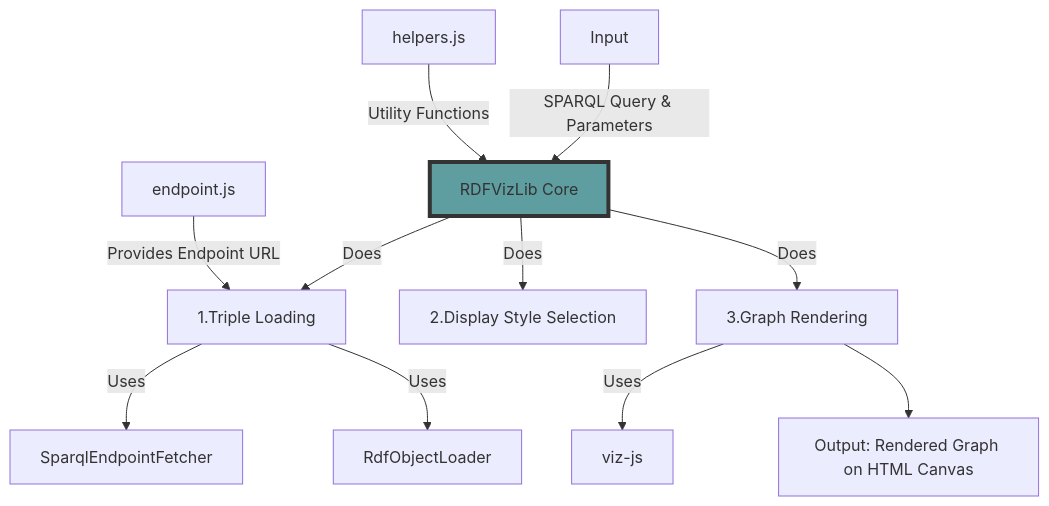
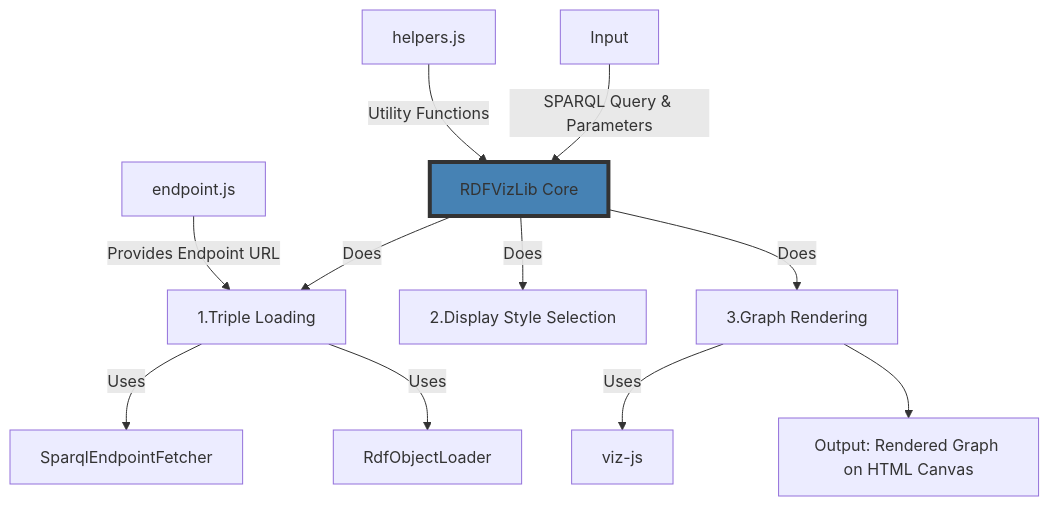
Before and after one commit to architolk/ldt-viz-client: the diagram in Documentation/README.md, drawn with Mermaid. The commit also changed 1 other file, not shown here.

Commit message:
changed architecture diagram

````diff
--- a/Documentation/README.md
+++ b/Documentation/README.md
@@ -4,19 +4,19 @@
 ```mermaid
 graph TD
     A[Input] --> |SPARQL Query & Parameters| B[RDFVizLib Core]
     B --> |Does| C[1.Triple Loading]
     B --> |Does| D[2.Display Style Selection]
     B --> |Does| E[3.Graph Rendering]
     
     C --> |Uses| F[SparqlEndpointFetcher]
     C --> |Uses| G[RdfObjectLoader]
     
     E --> |Uses| H[viz-js]
     
     I[endpoint.js] --> |Provides Endpoint URL| C
     J[helpers.js] --> |Utility Functions| B
     
     E --> K[Output: Rendered Graph on HTML Canvas]
 
-    style B fill:#5f9ea0,stroke:#333,stroke-width:4px
+    style B fill:#4682b4,stroke:#333,stroke-width:4px
 ```
````
